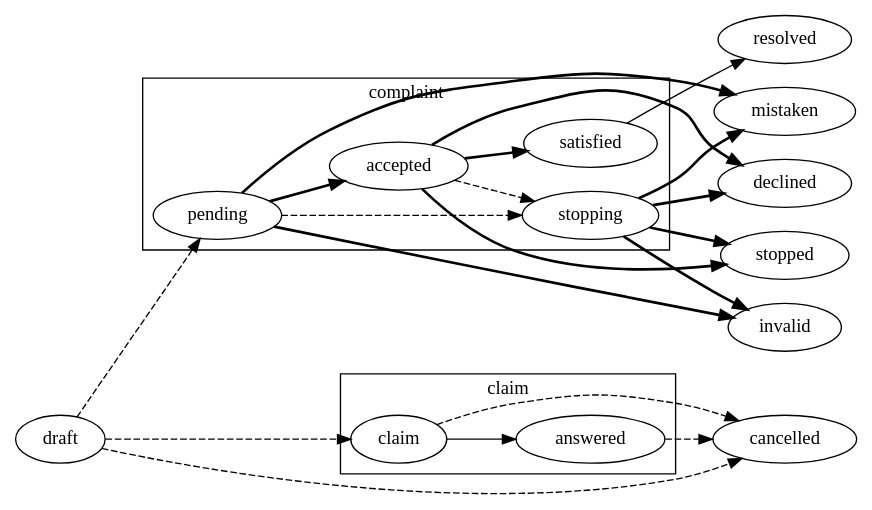
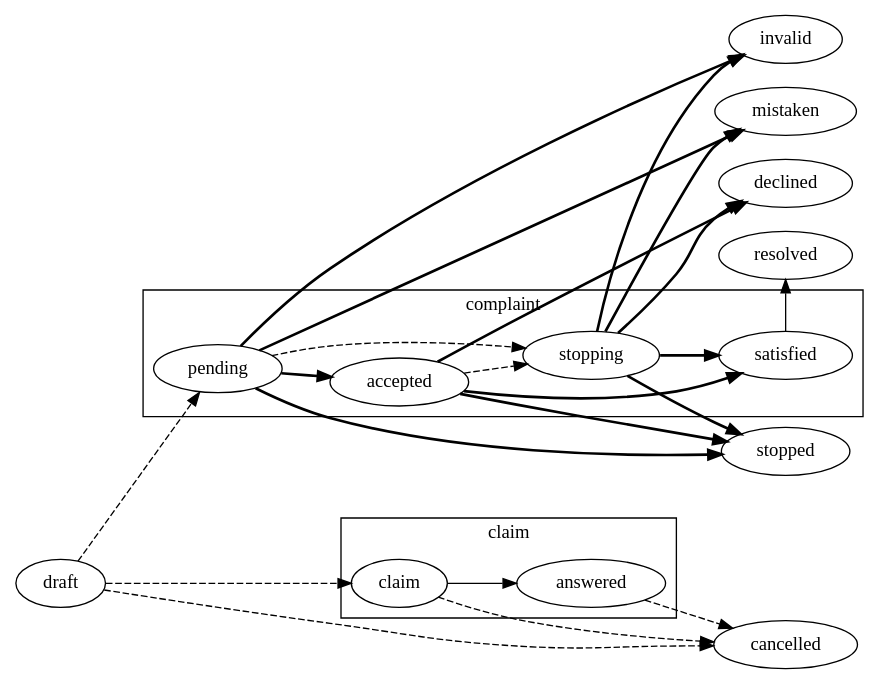
The second of 2 diagrams in docs/source/complaints.rst (ProzorroUKR/openprocurement.api), drawn with Graphviz before and after one commit. The commit also changed other lines of this file and 3 other files, not shown here.

Commit message:
reviewer status transition stopping->satisfied, pending->stopped

```diff
--- a/docs/source/complaints.rst
+++ b/docs/source/complaints.rst
@@ -56,26 +56,26 @@
 .. graphviz::
 
     digraph G {
         rankdir=LR;
         {rank=same; mistaken; invalid; resolved; declined; stopped; cancelled;}
         subgraph cluster_complaint {
             label = "complaint";
             pending; accepted; stopping; satisfied;
         }
         subgraph cluster_claim {
             label = "claim";
             claim; answered;
         }
         claim -> answered;
         satisfied -> resolved;
         edge[style=dashed];
         draft -> {claim,pending};
         {draft,claim,answered} -> cancelled;
         pending -> stopping;
         accepted -> stopping;
         edge[style=bold];
-        pending -> {accepted,invalid};
-        stopping -> {stopped,invalid,declined};
+        pending -> {accepted,invalid,stopped};
+        stopping -> {stopped,invalid,declined,satisfied};
         accepted -> {declined,satisfied,stopped};
         {pending;stopping} -> mistaken;
     }
```
